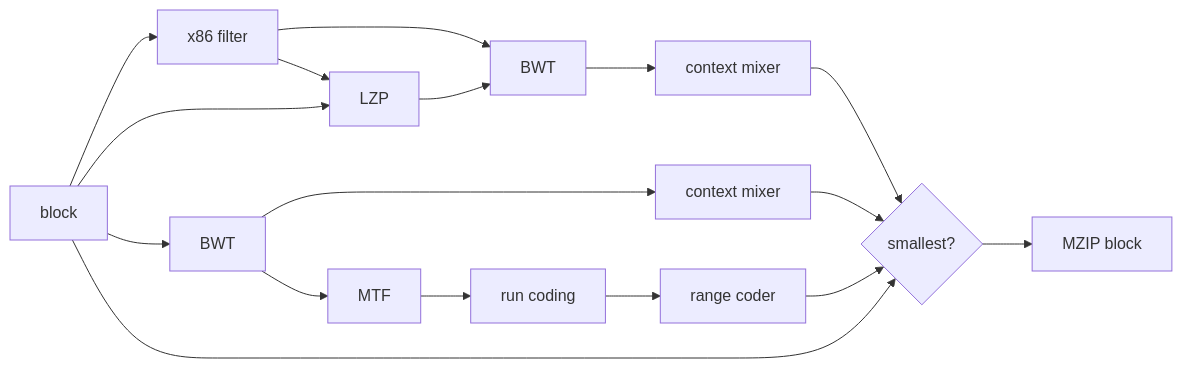
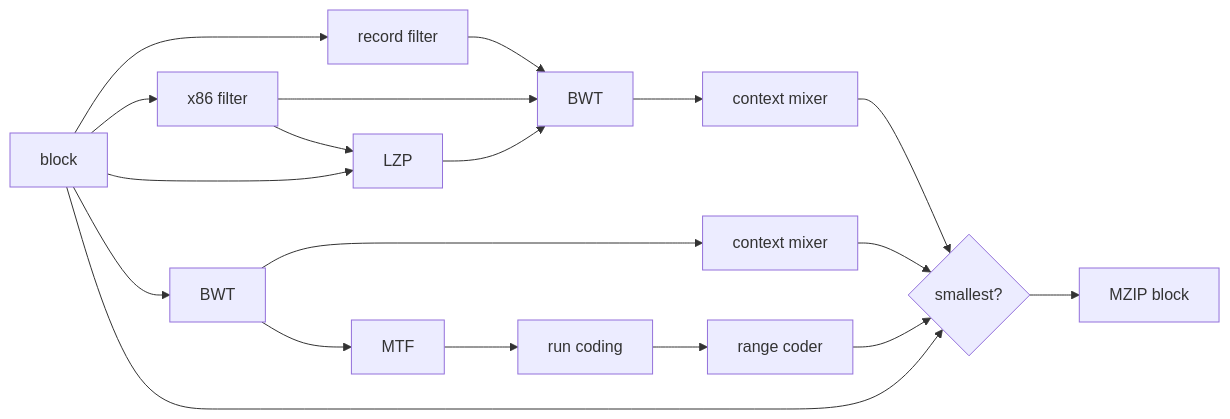
One commit to muhohum/mzip changed the diagram in ALGORITHM.md. Above: the diagram before and after it, drawn with Mermaid. The commit also changed other lines of this file and 11 other files, not shown here.

````diff
--- a/ALGORITHM.md
+++ b/ALGORITHM.md
@@ -18,12 +21,13 @@
 ```mermaid
 flowchart LR
     A[block] --> X[x86 filter] --> L
     A --> L[LZP]
+    A --> R[record filter] --> B2
     X --> B2
     L --> B2[BWT] --> M2[context mixer] --> F
     A --> B1[BWT]
     B1 --> M1[context mixer] --> F
     B1 --> C[MTF] --> D[run coding] --> E[range coder] --> F
     A --> F{smallest?}
     F --> G[MZIP block]
 ```
````
